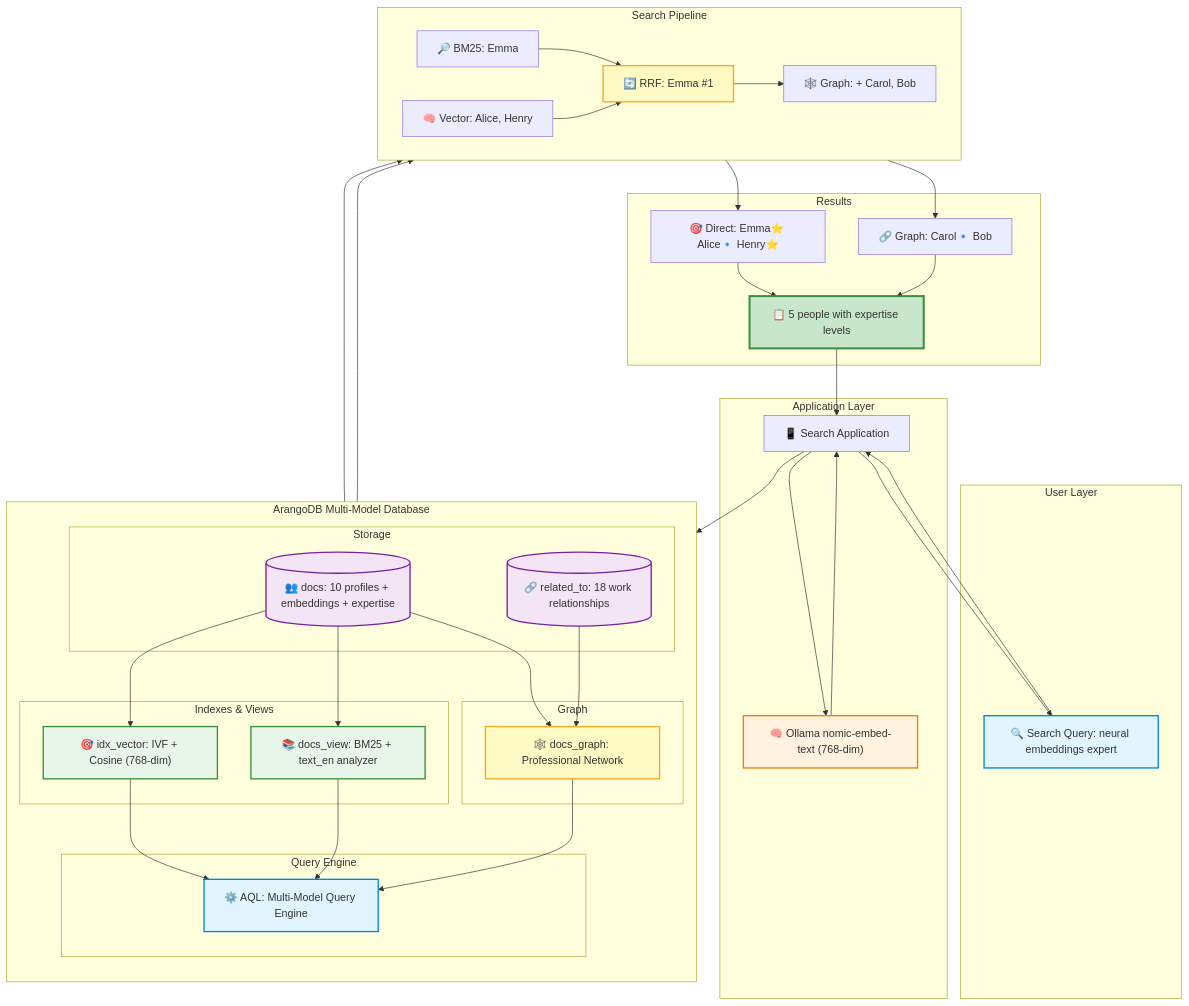
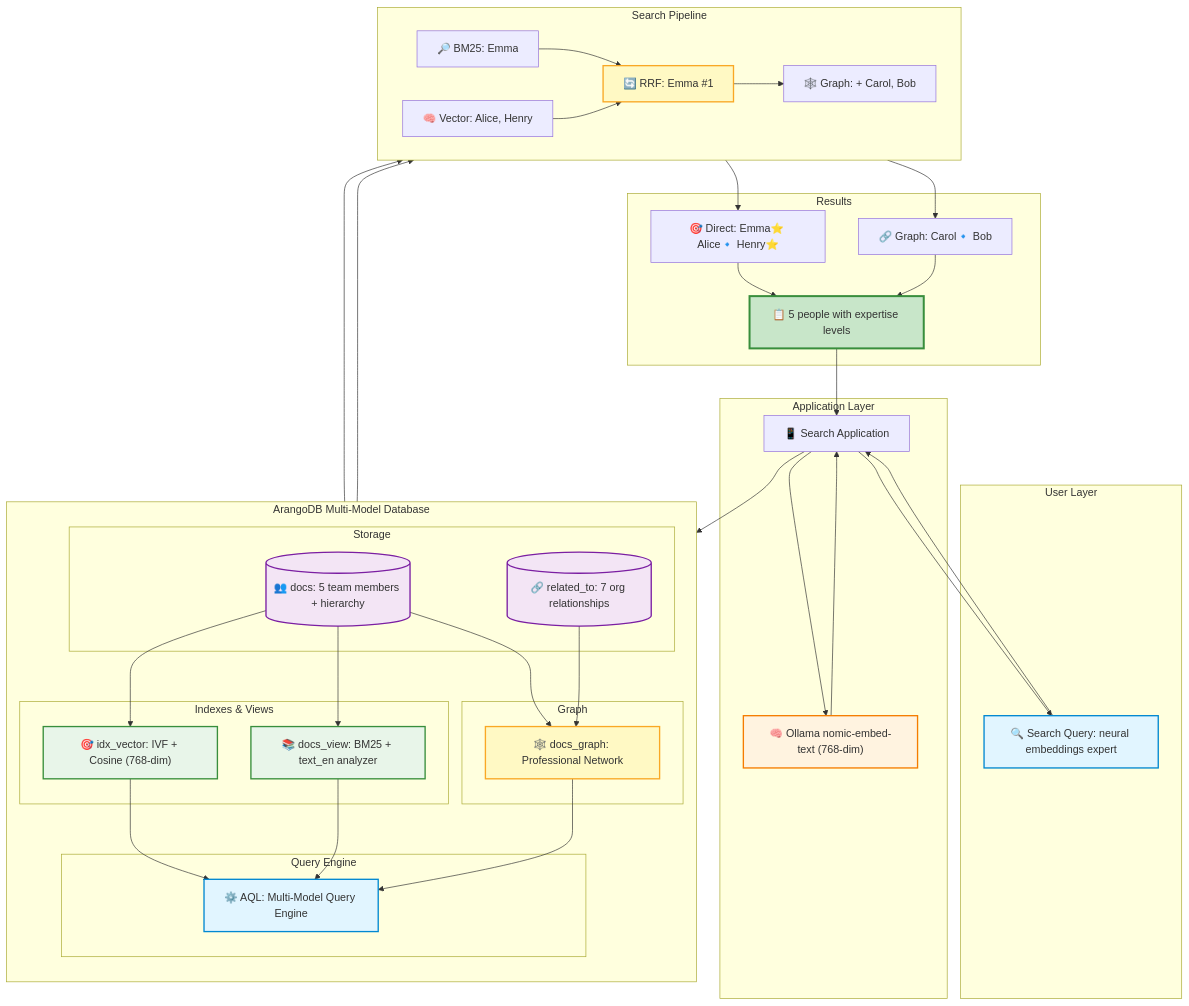
One commit to roypr-ma/rag-demo changed the diagram in 4-hybrid-search/README.md. Above: the diagram before and after it, drawn with Mermaid. The commit also changed other lines of this file and 2 other files, not shown here.

```diff
--- a/4-hybrid-search/README.md
+++ b/4-hybrid-search/README.md
@@ -44,8 +44,8 @@
         direction TB
         
         subgraph "Storage"
-            DOCS[("👥 docs: 10 profiles + embeddings + expertise")]
-            EDGES[("🔗 related_to: 18 work relationships")]
+            DOCS[("👥 docs: 5 team members + hierarchy")]
+            EDGES[("🔗 related_to: 7 org relationships")]
         end
         
         subgraph "Indexes & Views"
```
